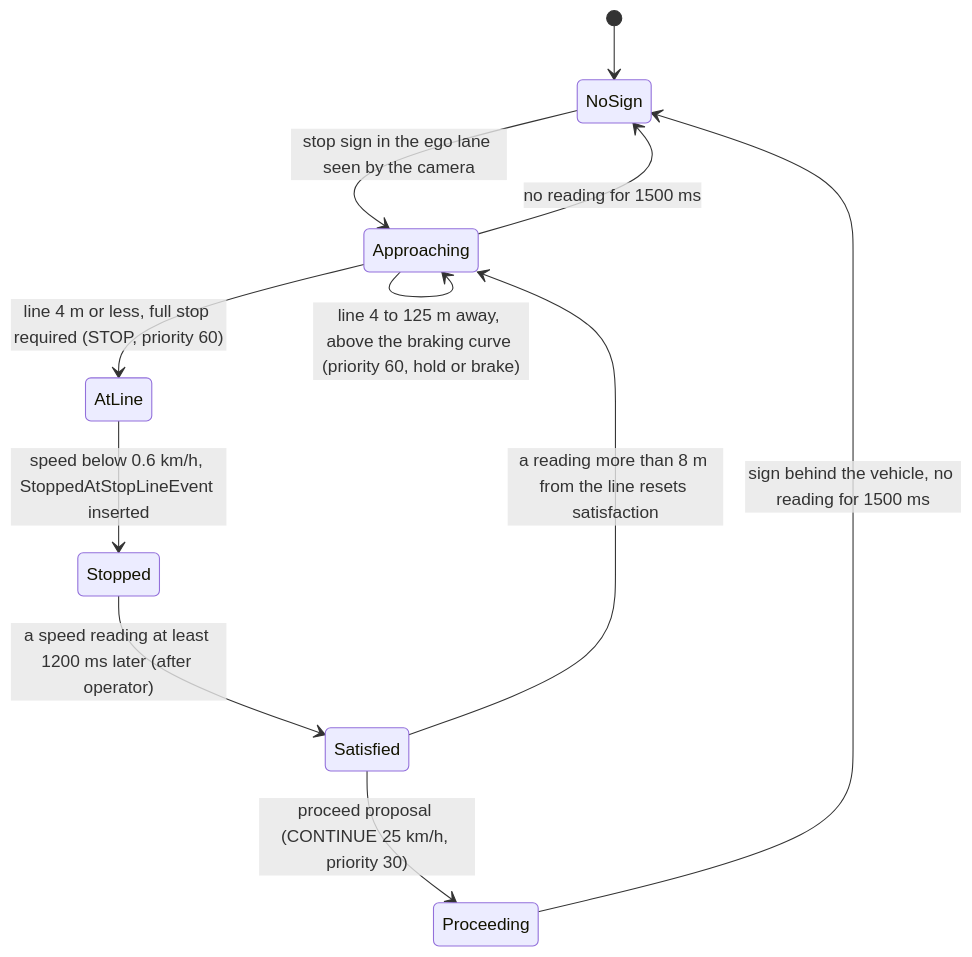
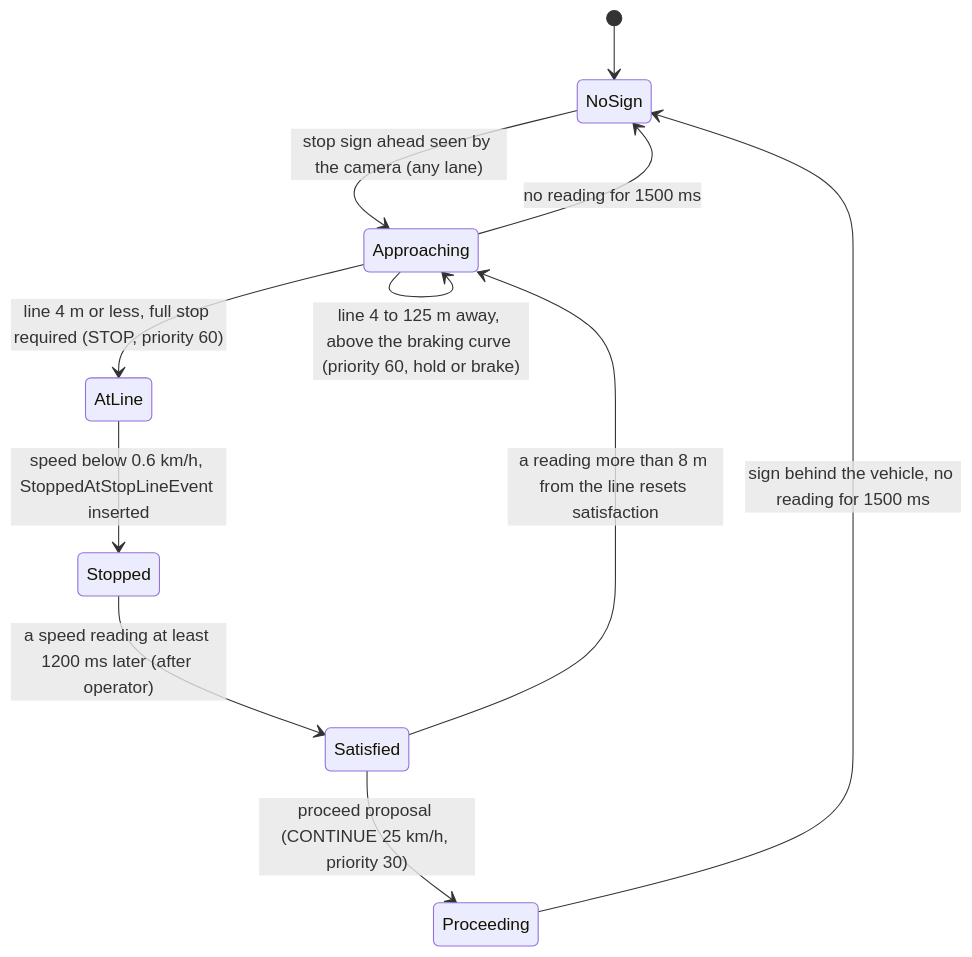
One commit to 1-2Drive/projeto-1 changed the third of 3 diagrams in docs/EXECUTION_FLOW.md. Above: the diagram before and after it, drawn with Mermaid. The commit also changed other lines of this file and 40 other files, not shown here.

````diff
--- a/docs/EXECUTION_FLOW.md
+++ b/docs/EXECUTION_FLOW.md
@@ -296,13 +296,13 @@
 ```mermaid
 stateDiagram-v2
     [*] --> NoSign
-    NoSign --> Approaching: stop sign in the ego lane seen by the camera
+    NoSign --> Approaching: stop sign ahead seen by the camera (any lane)
     Approaching --> Approaching: line 4 to 125 m away, above the braking curve (priority 60, hold or brake)
     Approaching --> AtLine: line 4 m or less, full stop required (STOP, priority 60)
     AtLine --> Stopped: speed below 0.6 km/h, StoppedAtStopLineEvent inserted
     Stopped --> Satisfied: a speed reading at least 1200 ms later (after operator)
     Satisfied --> Proceeding: proceed proposal (CONTINUE 25 km/h, priority 30)
     Proceeding --> NoSign: sign behind the vehicle, no reading for 1500 ms
     Approaching --> NoSign: no reading for 1500 ms
     Satisfied --> Approaching: a reading more than 8 m from the line resets satisfaction
 ```
````
